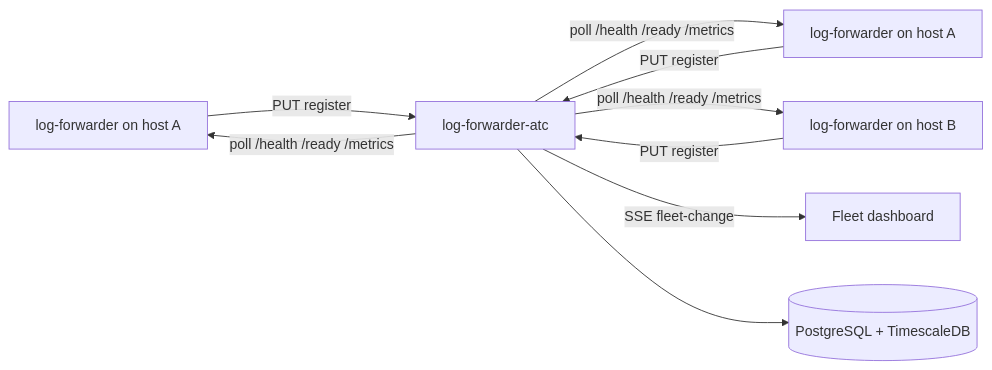
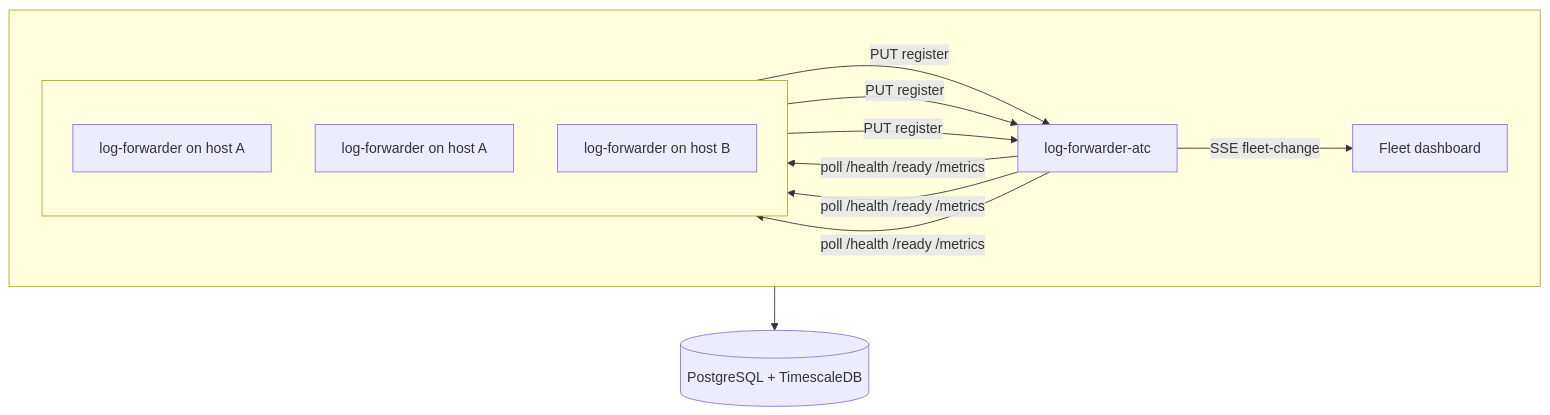
The diagram in README.md (sanjuthomas/log-forwarder-atc), drawn with Mermaid before and after one commit.

Commit message:
Rearrange architecture diagram layout in README.
Place log-forwarder agents on the left, ATC in the center, dashboard on the right, and the database below ATC.

````diff
--- a/README.md
+++ b/README.md
@@ -7,17 +7,25 @@
 ```mermaid
-flowchart LR
-    Agent1[log-forwarder on host A]
-    Agent2[log-forwarder on host A]
-    Agent3[log-forwarder on host B]
-    ATC[log-forwarder-atc]
+flowchart TB
+    subgraph top[" "]
+        direction LR
+        subgraph left[" "]
+            direction TB
+            Agent1[log-forwarder on host A]
+            Agent2[log-forwarder on host A]
+            Agent3[log-forwarder on host B]
+        end
+        ATC[log-forwarder-atc]
+        Dashboard[Fleet dashboard]
+    end
+
     DB[(PostgreSQL + TimescaleDB)]
 
     Agent1 -->|PUT register| ATC
     Agent2 -->|PUT register| ATC
     Agent3 -->|PUT register| ATC
     ATC -->|poll /health /ready /metrics| Agent1
     ATC -->|poll /health /ready /metrics| Agent2
     ATC -->|poll /health /ready /metrics| Agent3
-    ATC -->|SSE fleet-change| Dashboard[Fleet dashboard]
+    ATC -->|SSE fleet-change| Dashboard
     ATC --> DB
 ```
````
